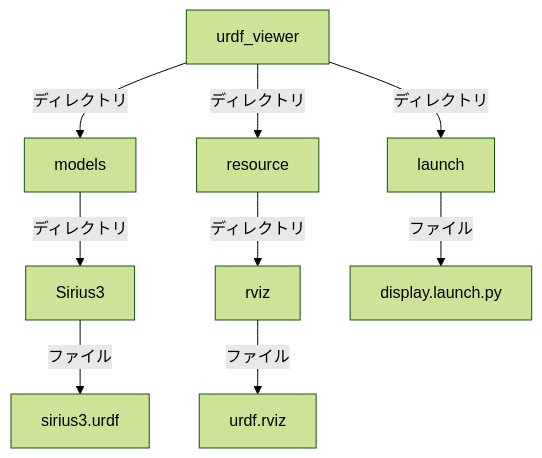
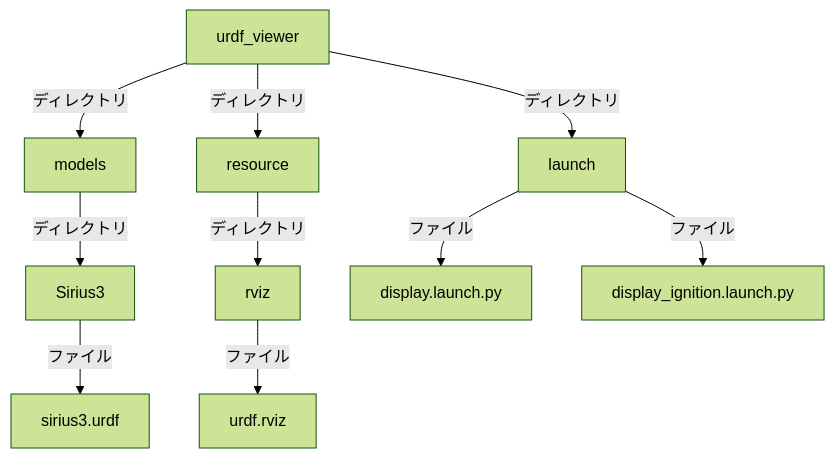
Before and after one commit to YakiFrog/urdf_viewer: the third of 3 diagrams in README.md, drawn with Mermaid (forest theme). The commit also changed other lines of this file and 2 other files, not shown here.

Commit message:
gazebo launch

````diff
--- a/README.md
+++ b/README.md
@@ -125,11 +218,12 @@
 ```mermaid
 graph TD
     A[urdf_viewer] -->|ディレクトリ| B[launch]
     A -->|ディレクトリ| C[models]
     A -->|ディレクトリ| D[resource]
     C -->|ディレクトリ| E[Sirius3]
     D -->|ディレクトリ| F[rviz]
     B -->|ファイル| G[display.launch.py]
+    B -->|ファイル| J[display_ignition.launch.py]
     E -->|ファイル| H[sirius3.urdf]
     F -->|ファイル| I[urdf.rviz]
 ```
````
